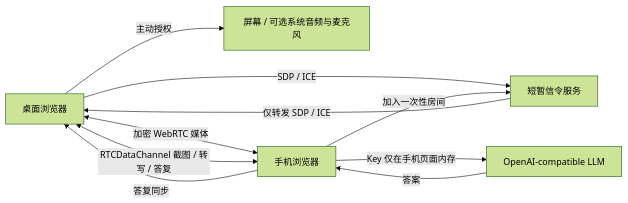
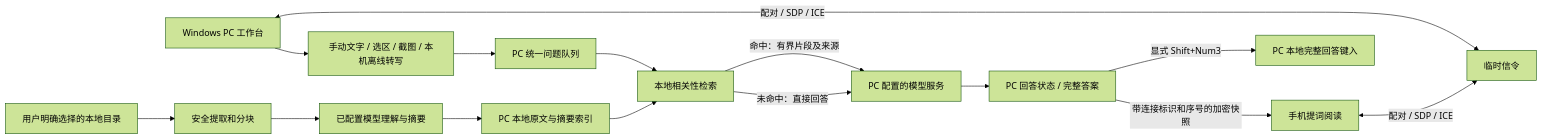
Before and after one commit to BuanDesu/PAIRO-Meeting-Assistant-Public: the diagram in docs/PROJECT_FLOW.md, drawn with Mermaid (forest theme). The commit also changed other lines of this file and 68 other files, not shown here.

````diff
--- a/docs/PROJECT_FLOW.md
+++ b/docs/PROJECT_FLOW.md
@@ -5,12 +3,17 @@
 ```mermaid
 flowchart LR
-  PC[桌面浏览器] -->|主动授权| CAP[屏幕 / 可选系统音频与麦克风]
-  PC -->|SDP / ICE| SIG[短暂信令服务]
-  PHONE[手机浏览器] -->|加入一次性房间| SIG
-  SIG -->|仅转发 SDP / ICE| PC
-  PC <-->|加密 WebRTC 媒体| PHONE
-  PC <-->|RTCDataChannel 截图 / 转写 / 答复| PHONE
-  PHONE -->|Key 仅在手机页面内存| LLM[OpenAI-compatible LLM]
-  LLM -->|答案| PHONE
-  PHONE -->|答复同步| PC
+  PC[Windows PC 工作台] --> IN[手动文字 / 选区 / 截图 / 本机离线转写]
+  IN --> Q[PC 统一问题队列]
+  DIR[用户明确选择的本地目录] --> EX[安全提取和分块]
+  EX --> SUM[已配置模型理解与摘要]
+  SUM --> STORE[PC 本地原文与摘要索引]
+  Q --> R[本地相关性检索]
+  STORE --> R
+  R -->|命中：有界片段及来源| API[PC 配置的模型服务]
+  R -->|未命中：直接回答| API
+  API --> STATE[PC 回答状态 / 完整答案]
+  STATE -->|带连接标识和序号的加密快照| PHONE[手机提词阅读]
+  STATE -->|显式 Shift+Num3| TYPE[PC 本地完整回答键入]
+  PC <-->|配对 / SDP / ICE| SIG[临时信令]
+  PHONE <-->|配对 / SDP / ICE| SIG
 ```
````
